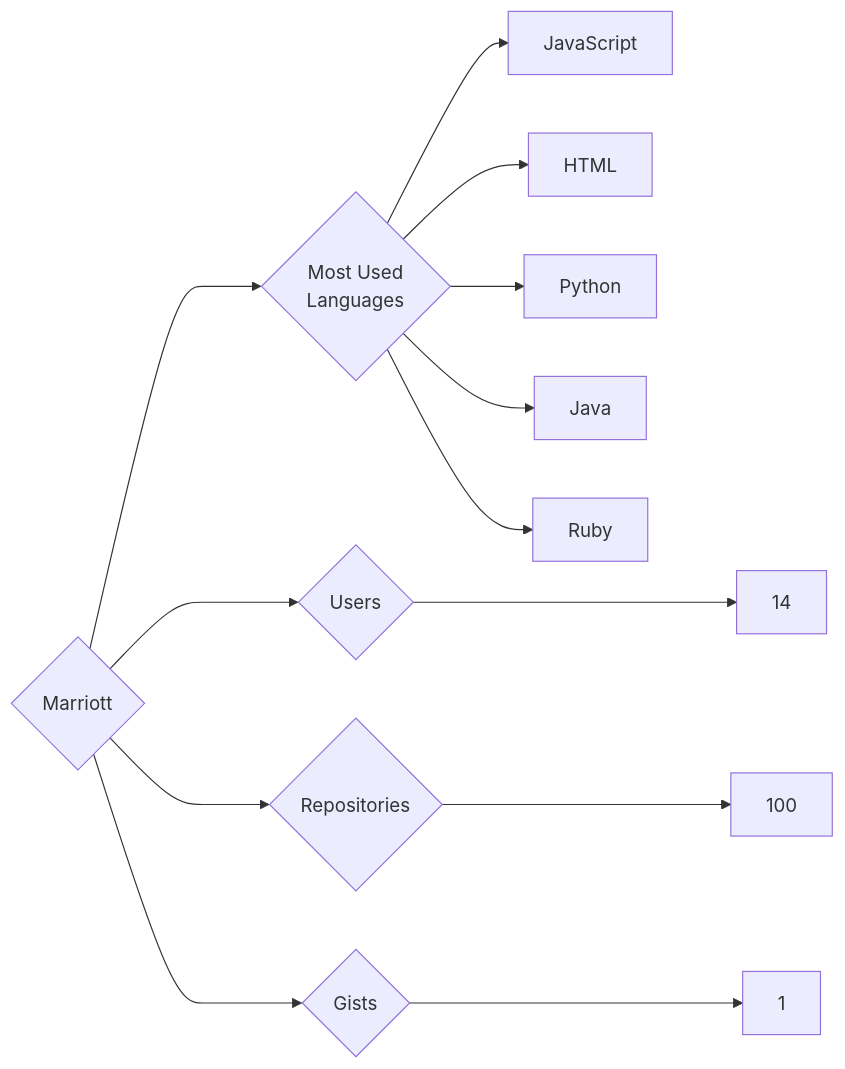
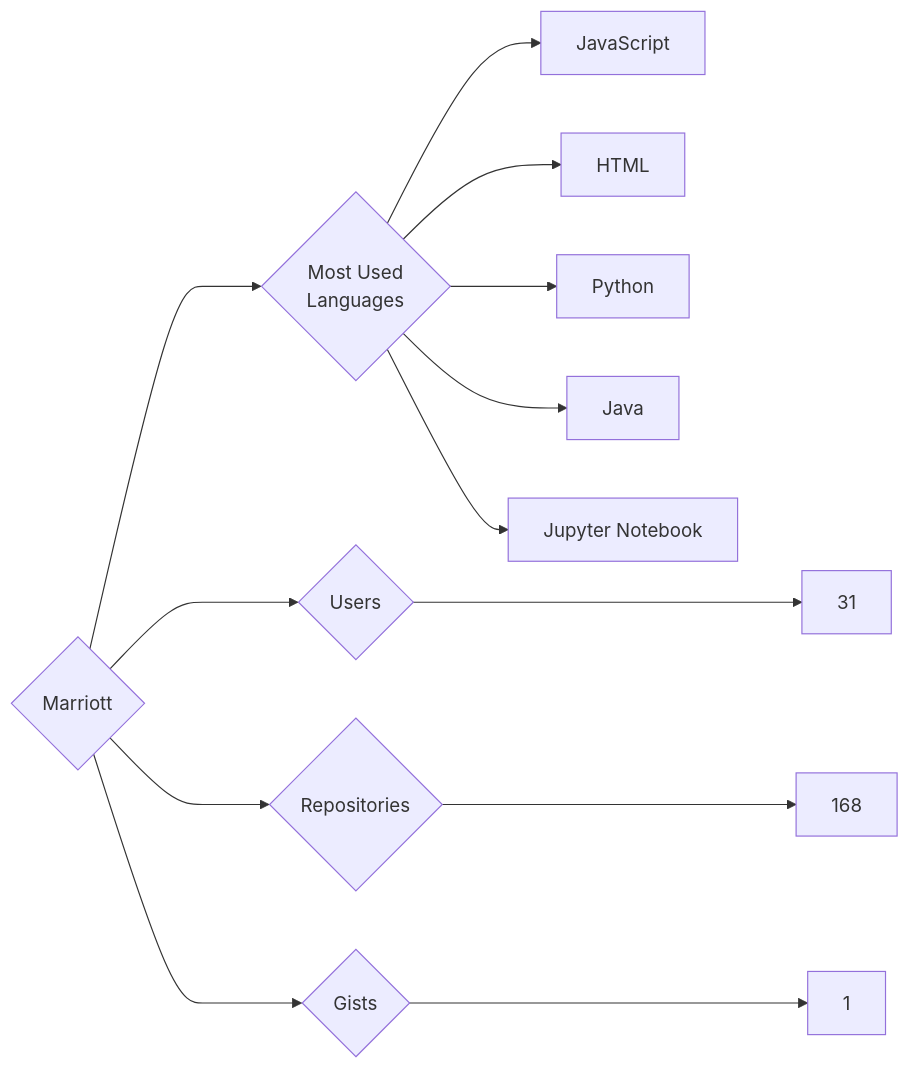
One commit to trickest/insiders changed the diagram in targets/Marriott/README.md. Above: the diagram before and after it, drawn with Mermaid. The commit also changed 765 other files, not shown here.

````diff
--- a/targets/Marriott/README.md
+++ b/targets/Marriott/README.md
@@ -3,13 +3,13 @@
 ```mermaid
 graph LR
 COMPANY_NAME{Marriott}
-COMPANY_NAME ---> U{Users} ---> UN[14]
-COMPANY_NAME ---> R{Repositories} ---> RN[100]
+COMPANY_NAME ---> U{Users} ---> UN[31]
+COMPANY_NAME ---> R{Repositories} ---> RN[168]
 COMPANY_NAME ---> G{Gists} ---> GN[1]
 COMPANY_NAME ---> ML{Most Used<br>Languages}
 ML --> JavaScript[JavaScript]
 ML --> HTML[HTML]
 ML --> Python[Python]
 ML --> Java[Java]
-ML --> Ruby[Ruby]
+ML --> Jupyter_Notebook[Jupyter Notebook]
 ```
````
